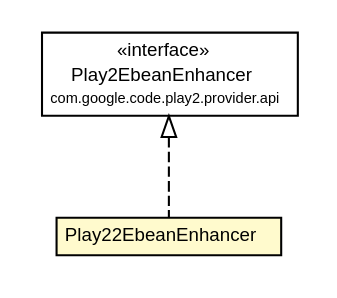
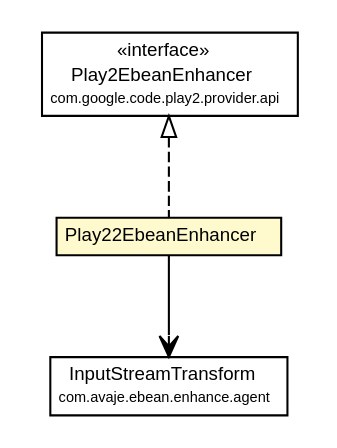
Before and after one commit to wouterhardeman/play2-maven-plugin: the diagram in mavensite/1.0.0-alpha7-SNAPSHOT/play2-providers/play2-provider-play22/apidocs/com/google/code/play2/provider/play22/Play22EbeanEnhancer.dot, drawn with Graphviz. The commit also changed 660 other files, not shown here.

Commit message:
Production site for version "1.0.0-alpha7-SNAPSHOT" - updated.

```diff
--- a/mavensite/1.0.0-alpha7-SNAPSHOT/play2-providers/play2-provider-play22/apidocs/com/google/code/play2/provider/play22/Play22EbeanEnhancer.dot
+++ b/mavensite/1.0.0-alpha7-SNAPSHOT/play2-providers/play2-provider-play22/apidocs/com/google/code/play2/provider/play22/Play22EbeanEnhancer.dot
@@ -1,28 +1,37 @@
 #!/usr/local/bin/dot
 #
 # Class diagram 
 # Generated by UMLGraph version R5_6-24-gf6e263 (http://www.umlgraph.org/)
 #
 
 digraph G {
 	edge [fontname="arial",fontsize=10,labelfontname="arial",labelfontsize=10];
 	node [fontname="arial",fontsize=10,shape=plaintext];
 	nodesep=0.25;
 	ranksep=0.5;
 	// com.google.code.play2.provider.play22.Play22EbeanEnhancer
-	c75 [label=<<table title="com.google.code.play2.provider.play22.Play22EbeanEnhancer" border="0" cellborder="1" cellspacing="0" cellpadding="2" port="p" bgcolor="lemonChiffon" href="./Play22EbeanEnhancer.html">
+	c73 [label=<<table title="com.google.code.play2.provider.play22.Play22EbeanEnhancer" border="0" cellborder="1" cellspacing="0" cellpadding="2" port="p" bgcolor="lemonChiffon" href="./Play22EbeanEnhancer.html">
 		<tr><td><table border="0" cellspacing="0" cellpadding="1">
 <tr><td align="center" balign="center"> Play22EbeanEnhancer </td></tr>
 		</table></td></tr>
 		</table>>, URL="./Play22EbeanEnhancer.html", fontname="arial", fontcolor="black", fontsize=9.0];
 	//com.google.code.play2.provider.play22.Play22EbeanEnhancer implements com.google.code.play2.provider.api.Play2EbeanEnhancer
-	c78:p -> c75:p [dir=back,arrowtail=empty,style=dashed];
+	c76:p -> c73:p [dir=back,arrowtail=empty,style=dashed];
+	// com.google.code.play2.provider.play22.Play22EbeanEnhancer NAVASSOC com.avaje.ebean.enhance.agent.InputStreamTransform
+	c73:p -> c81:p [taillabel="", label="", headlabel="", fontname="arial", fontcolor="black", fontsize=10.0, color="black", arrowhead=open];
 	// com.google.code.play2.provider.api.Play2EbeanEnhancer
-	c78 [label=<<table title="com.google.code.play2.provider.api.Play2EbeanEnhancer" border="0" cellborder="1" cellspacing="0" cellpadding="2" port="p" href="https://play2-maven-plugin.googlecode.com/svn/mavensite/1.0.0-alpha6/play2-provider-api/apidocs/com/google/code/play2/provider/api/Play2EbeanEnhancer.html">
+	c76 [label=<<table title="com.google.code.play2.provider.api.Play2EbeanEnhancer" border="0" cellborder="1" cellspacing="0" cellpadding="2" port="p" href="https://play2-maven-plugin.googlecode.com/svn/mavensite/1.0.0-alpha7-SNAPSHOT/play2-provider-api/apidocs/com/google/code/play2/provider/api/Play2EbeanEnhancer.html">
 		<tr><td><table border="0" cellspacing="0" cellpadding="1">
 <tr><td align="center" balign="center"> &#171;interface&#187; </td></tr>
 <tr><td align="center" balign="center"> Play2EbeanEnhancer </td></tr>
 <tr><td align="center" balign="center"><font point-size="7.0"> com.google.code.play2.provider.api </font></td></tr>
 		</table></td></tr>
-		</table>>, URL="https://play2-maven-plugin.googlecode.com/svn/mavensite/1.0.0-alpha6/play2-provider-api/apidocs/com/google/code/play2/provider/api/Play2EbeanEnhancer.html", fontname="arial", fontcolor="black", fontsize=9.0];
+		</table>>, URL="https://play2-maven-plugin.googlecode.com/svn/mavensite/1.0.0-alpha7-SNAPSHOT/play2-provider-api/apidocs/com/google/code/play2/provider/api/Play2EbeanEnhancer.html", fontname="arial", fontcolor="black", fontsize=9.0];
+	// com.avaje.ebean.enhance.agent.InputStreamTransform
+	c81 [label=<<table title="com.avaje.ebean.enhance.agent.InputStreamTransform" border="0" cellborder="1" cellspacing="0" cellpadding="2" port="p">
+		<tr><td><table border="0" cellspacing="0" cellpadding="1">
+<tr><td align="center" balign="center"> InputStreamTransform </td></tr>
+<tr><td align="center" balign="center"><font point-size="7.0"> com.avaje.ebean.enhance.agent </font></td></tr>
+		</table></td></tr>
+		</table>>, URL="null", fontname="arial", fontcolor="black", fontsize=9.0];
 }
```
